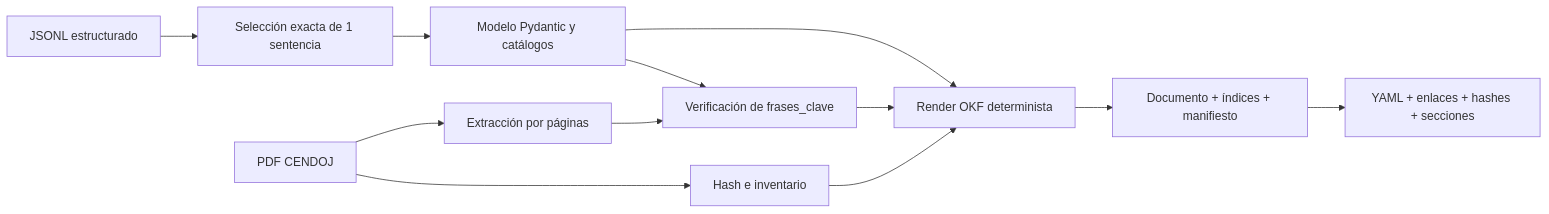
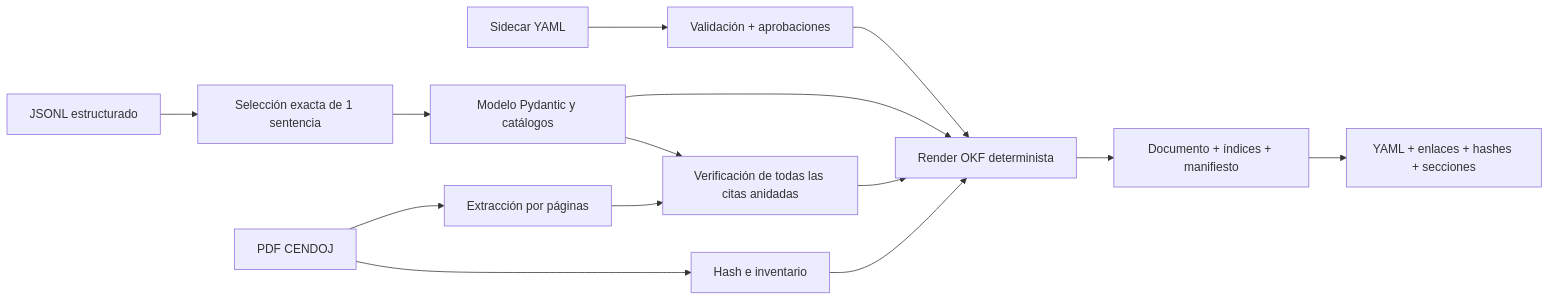
Before and after one commit to jmgb/residenciafiscal: the diagram in docs/OKF_PIPELINE.md, drawn with Mermaid. The commit also changed other lines of this file and 29 other files, not shown here.

````diff
--- a/docs/OKF_PIPELINE.md
+++ b/docs/OKF_PIPELINE.md
@@ -66,14 +85,16 @@
 ```mermaid
 flowchart LR
     JSONL["JSONL estructurado"] --> SELECT["Selección exacta de 1 sentencia"]
     SELECT --> NORMALIZE["Modelo Pydantic y catálogos"]
     PDF["PDF CENDOJ"] --> HASH["Hash e inventario"]
     PDF --> PAGES["Extracción por páginas"]
-    NORMALIZE --> VERIFY["Verificación de frases_clave"]
+    NORMALIZE --> VERIFY["Verificación de todas las citas anidadas"]
     PAGES --> VERIFY
+    SIDECAR["Sidecar YAML"] --> REVIEW["Validación + aprobaciones"]
+    REVIEW --> RENDER
     NORMALIZE --> RENDER["Render OKF determinista"]
     VERIFY --> RENDER
     HASH --> RENDER
     RENDER --> BUNDLE["Documento + índices + manifiesto"]
     BUNDLE --> VALIDATE["YAML + enlaces + hashes + secciones"]
 ```
````
